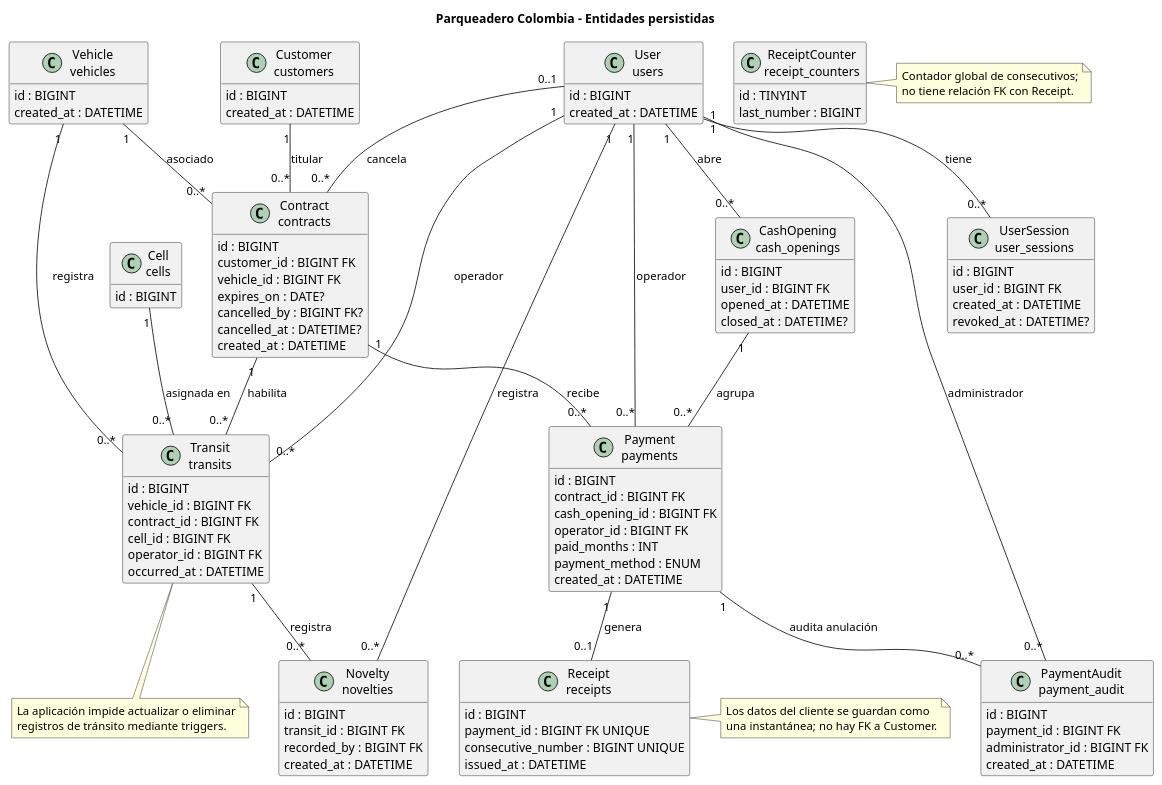
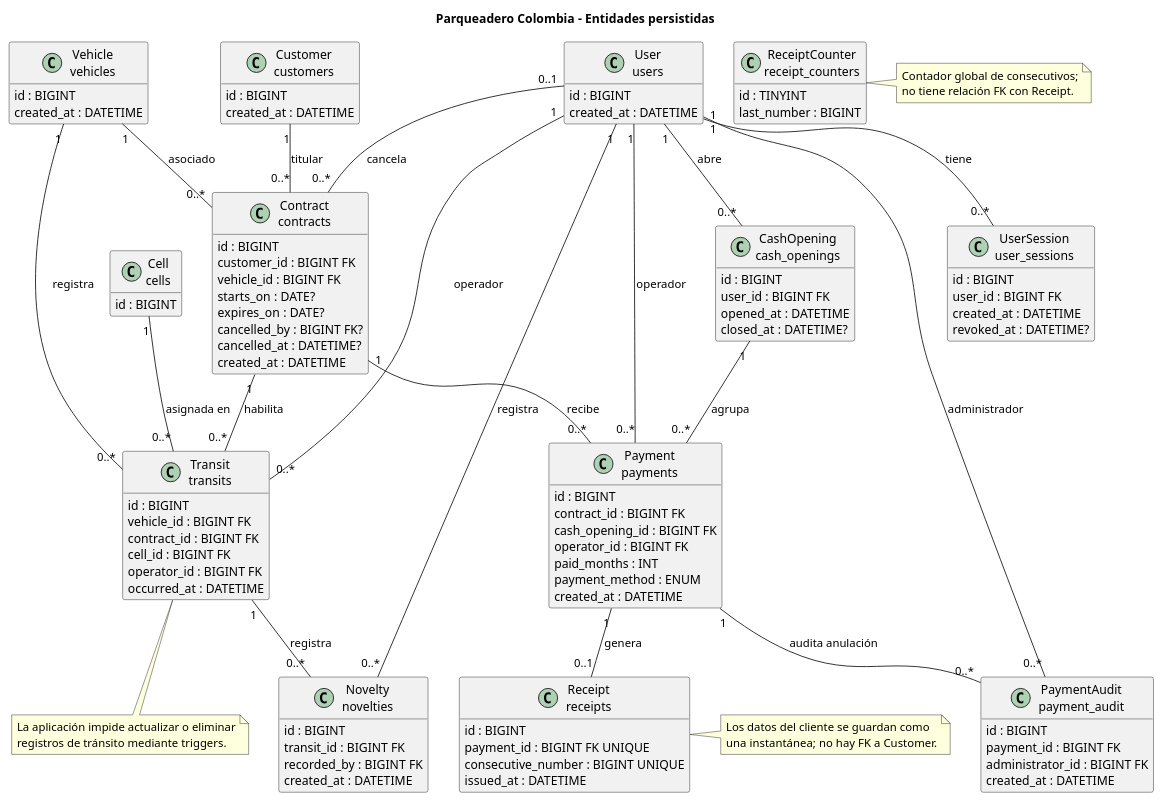
One commit to 1J3G/parqueadero-colombia changed the second of 3 diagrams in docs/arquitectura-sistema.puml. Above: the diagram before and after it, drawn with PlantUML. The commit also changed other lines of this file and 34 other files, not shown here.

Commit message:
feat: sequence contract renewal periods

```diff
--- a/docs/arquitectura-sistema.puml
+++ b/docs/arquitectura-sistema.puml
@@ -59,158 +59,159 @@
 @startuml Sistema - Modelo de datos
 title Parqueadero Colombia - Entidades persistidas
 hide methods
 skinparam classAttributeIconSize 0
 
 class "User\nusers" as User {
   id : BIGINT
   document : VARCHAR(30) UNIQUE
   password_hash : VARCHAR(255)
   role : ENUM(Operario, Administrador)
   created_at : DATETIME
 }
 
 class "UserSession\nuser_sessions" as UserSession {
   id : BIGINT
   user_id : BIGINT FK
   token_hash : CHAR(64) UNIQUE
   created_at : DATETIME
   revoked_at : DATETIME?
 }
 
 class "Customer\ncustomers" as Customer {
   id : BIGINT
   document_type : ENUM(CC, CE, NIT)
   document : VARCHAR(30) UNIQUE
   full_name : VARCHAR(160)
   created_at : DATETIME
 }
 
 class "Vehicle\nvehicles" as Vehicle {
   id : BIGINT
   plate : VARCHAR(6) UNIQUE
   vehicle_type : ENUM(Carro, Moto, Camioneta)
   created_at : DATETIME
 }
 
 class "Contract\ncontracts" as Contract {
   id : BIGINT
   customer_id : BIGINT FK
   vehicle_id : BIGINT FK
   status : ENUM(Pendiente de Pago, Activo, Vencido, Cancelado)
+  starts_on : DATE?
   expires_on : DATE?
   cancelled_by : BIGINT FK?
   cancellation_justification : VARCHAR(1000)?
   cancelled_at : DATETIME?
   created_at : DATETIME
 }
 
 class "Cell\ncells" as Cell {
   id : BIGINT
   label : VARCHAR(30) UNIQUE
   category : ENUM(Carro, Moto, Camioneta, Discapacitado)
   status : ENUM(Libre, Ocupado, En mantenimiento)
 }
 
 class "CashOpening\ncash_openings" as CashOpening {
   id : BIGINT
   user_id : BIGINT FK
   base_amount : DECIMAL(12,2)
   opened_at : DATETIME
   closed_at : DATETIME?
 }
 
 class "Transit\ntransits" as Transit {
   id : BIGINT
   vehicle_id : BIGINT FK
   contract_id : BIGINT FK
   cell_id : BIGINT FK
   operator_id : BIGINT FK
   direction : ENUM(Entrada, Salida)
   occurred_at : DATETIME
 }
 
 class "Novelty\nnovelties" as Novelty {
   id : BIGINT
   transit_id : BIGINT FK
   novelty_type : ENUM(Daño físico, Acceso excepcional)
   damage_type : ENUM(Golpe, Rayón, Falla)?
   description : VARCHAR(1000)
   severity : ENUM(Leve, Moderada, Grave)?
   recorded_by : BIGINT FK
   created_at : DATETIME
 }
 
 class "Payment\npayments" as Payment {
   id : BIGINT
   contract_id : BIGINT FK
   cash_opening_id : BIGINT FK
   operator_id : BIGINT FK
   net_amount : DECIMAL(12,2)
   tax_amount : DECIMAL(12,2)
   total_amount : DECIMAL(12,2)
   paid_months : INT
   payment_method : ENUM
   reference_code : VARCHAR(120)?
   status : ENUM(Registrado, Anulado)
   created_at : DATETIME
 }
 
 class "ReceiptCounter\nreceipt_counters" as ReceiptCounter {
   id : TINYINT
   last_number : BIGINT
 }
 
 class "Receipt\nreceipts" as Receipt {
   id : BIGINT
   payment_id : BIGINT FK UNIQUE
   consecutive_number : BIGINT UNIQUE
   customer_document_type : ENUM(CC, CE, NIT)
   customer_document : VARCHAR(30)
   customer_full_name : VARCHAR(160)
   net_amount : DECIMAL(12,2)
   tax_amount : DECIMAL(12,2)
   total_amount : DECIMAL(12,2)
   issued_at : DATETIME
 }
 
 class "PaymentAudit\npayment_audit" as PaymentAudit {
   id : BIGINT
   payment_id : BIGINT FK
   administrator_id : BIGINT FK
   justification : VARCHAR(1000)
   created_at : DATETIME
 }
 
 User "1" -- "0..*" UserSession : tiene
 Customer "1" -- "0..*" Contract : titular
 Vehicle "1" -- "0..*" Contract : asociado
 User "0..1" -- "0..*" Contract : cancela
 User "1" -- "0..*" CashOpening : abre
 Vehicle "1" -- "0..*" Transit : registra
 Contract "1" -- "0..*" Transit : habilita
 Cell "1" -- "0..*" Transit : asignada en
 User "1" -- "0..*" Transit : operador
 Transit "1" -- "0..*" Novelty : registra
 User "1" -- "0..*" Novelty : registra
 Contract "1" -- "0..*" Payment : recibe
 CashOpening "1" -- "0..*" Payment : agrupa
 User "1" -- "0..*" Payment : operador
 Payment "1" -- "0..1" Receipt : genera
 Payment "1" -- "0..*" PaymentAudit : audita anulación
 User "1" -- "0..*" PaymentAudit : administrador
 
 note right of Receipt
   Los datos del cliente se guardan como
   una instantánea; no hay FK a Customer.
 end note
 
 note right of ReceiptCounter
   Contador global de consecutivos;
   no tiene relación FK con Receipt.
 end note
 
 note bottom of Transit
   La aplicación impide actualizar o eliminar
   registros de tránsito mediante triggers.
 end note
 @enduml
```
